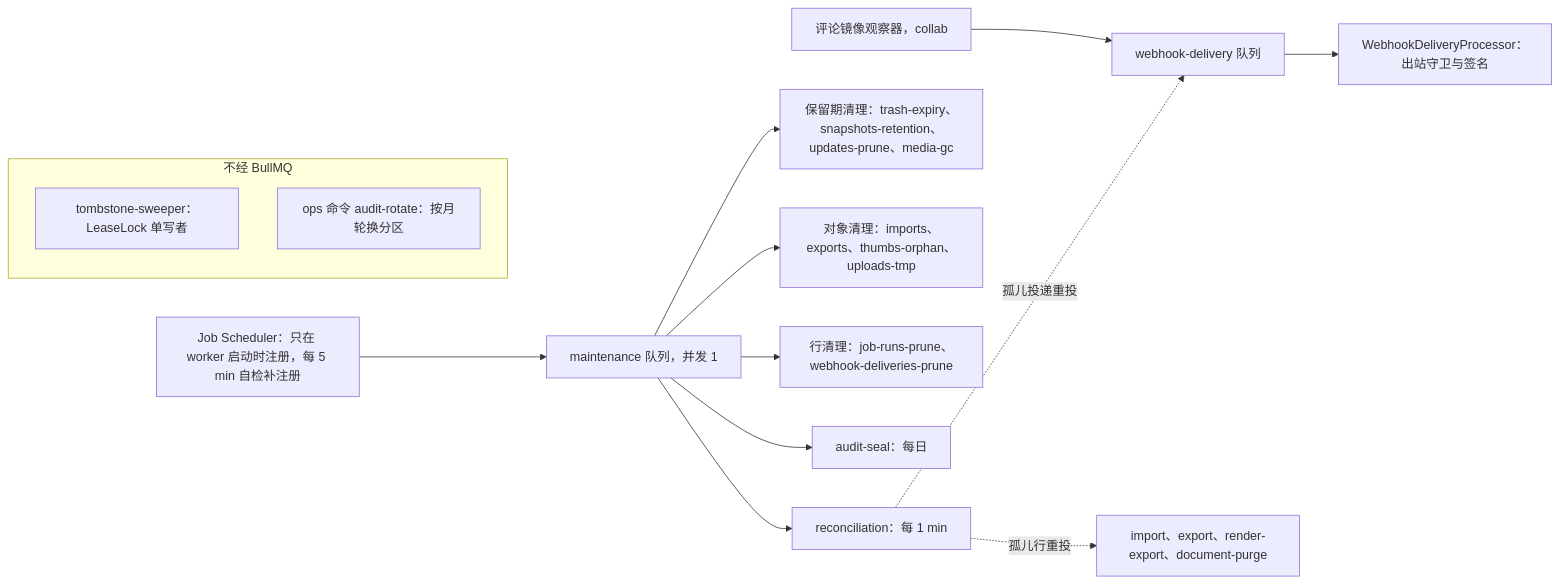
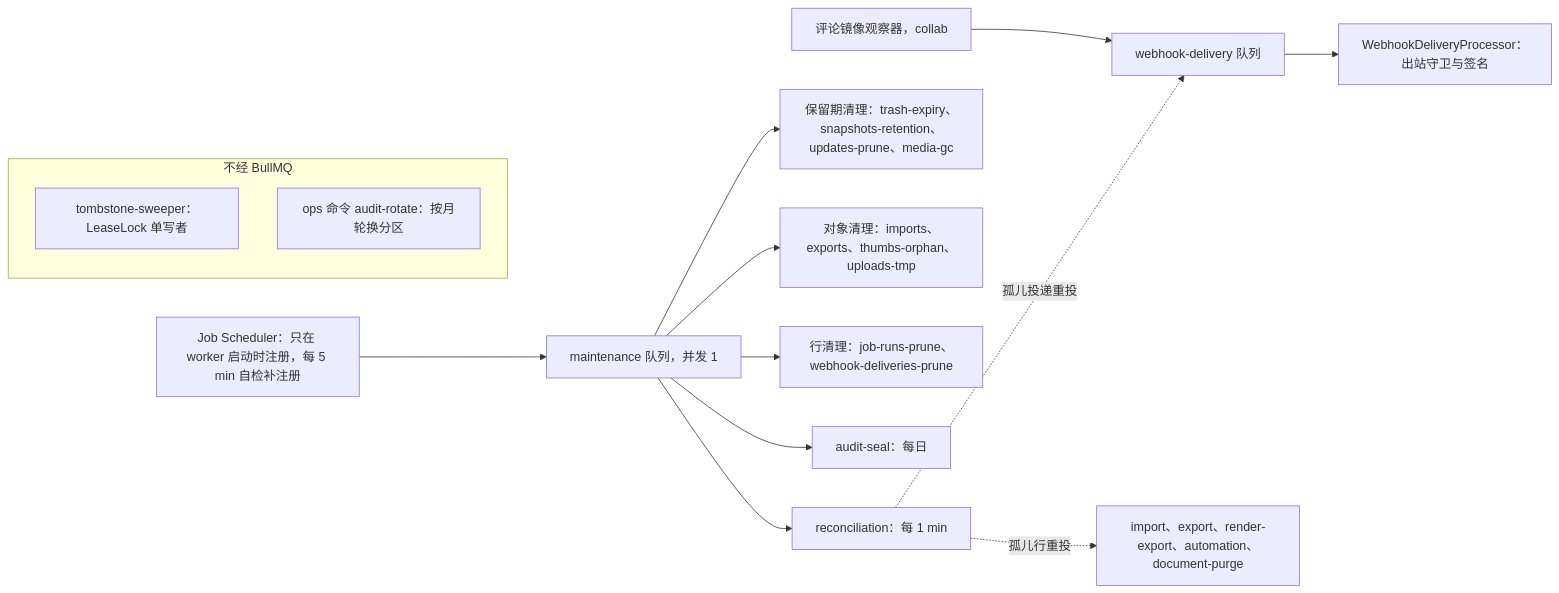
One commit to Xeonice/cordis-ppt-editor changed the second of 9 diagrams in docs/60-backend/06-modules-jobs-import-export-thumbnails.md. Above: the diagram before and after it, drawn with Mermaid. The commit also changed other lines of this file and 16 other files, not shown here.

````diff
--- a/docs/60-backend/06-modules-jobs-import-export-thumbnails.md
+++ b/docs/60-backend/06-modules-jobs-import-export-thumbnails.md
@@ -96,23 +101,23 @@
 ```mermaid
 flowchart LR
   sched["Job Scheduler：只在 worker 启动时注册，每 5 min 自检补注册"]
   qMaint["maintenance 队列，并发 1"]
   recon["reconciliation：每 1 min"]
   retention["保留期清理：trash-expiry、snapshots-retention、updates-prune、media-gc"]
   objects["对象清理：imports、exports、thumbs-orphan、uploads-tmp"]
   prune["行清理：job-runs-prune、webhook-deliveries-prune"]
   seal["audit-seal：每日"]
   mirror["评论镜像观察器，collab"]
   qHook["webhook-delivery 队列"]
   pHook["WebhookDeliveryProcessor：出站守卫与签名"]
-  qJobs["import、export、render-export、document-purge"]
+  qJobs["import、export、render-export、automation、document-purge"]
   subgraph noBull["不经 BullMQ"]
     sweeper["tombstone-sweeper：LeaseLock 单写者"]
     rotate["ops 命令 audit-rotate：按月轮换分区"]
   end
   sched --> qMaint
   qMaint --> recon & retention & objects & prune & seal
   mirror --> qHook --> pHook
   recon -. "孤儿行重投" .-> qJobs
   recon -. "孤儿投递重投" .-> qHook
 ```
````
